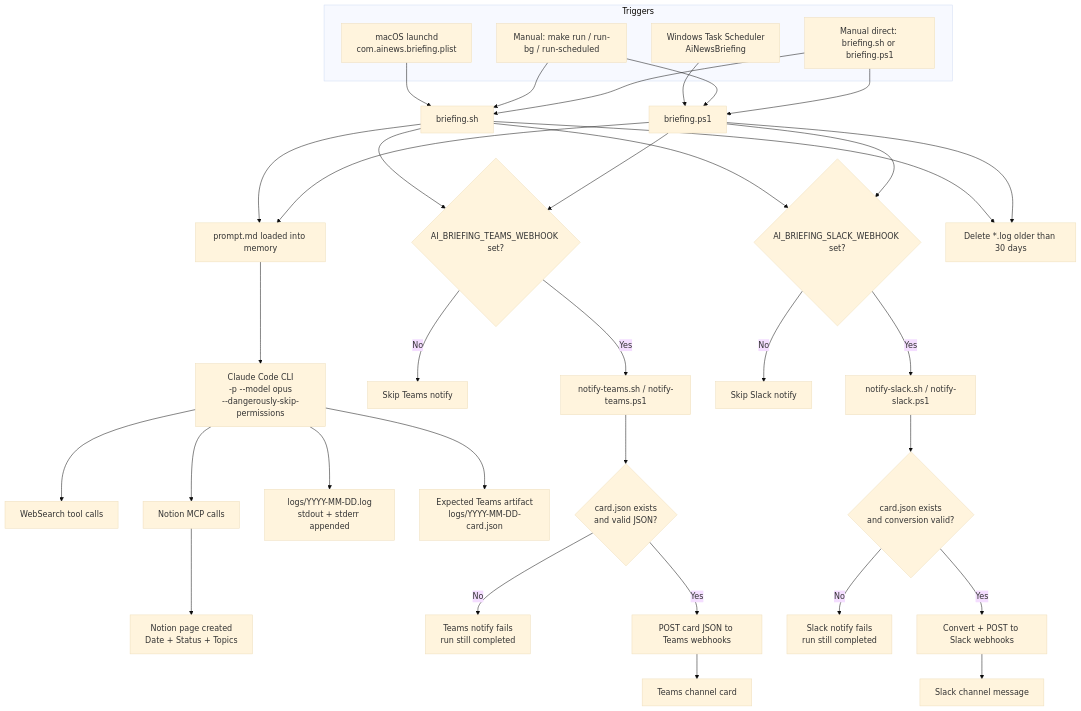
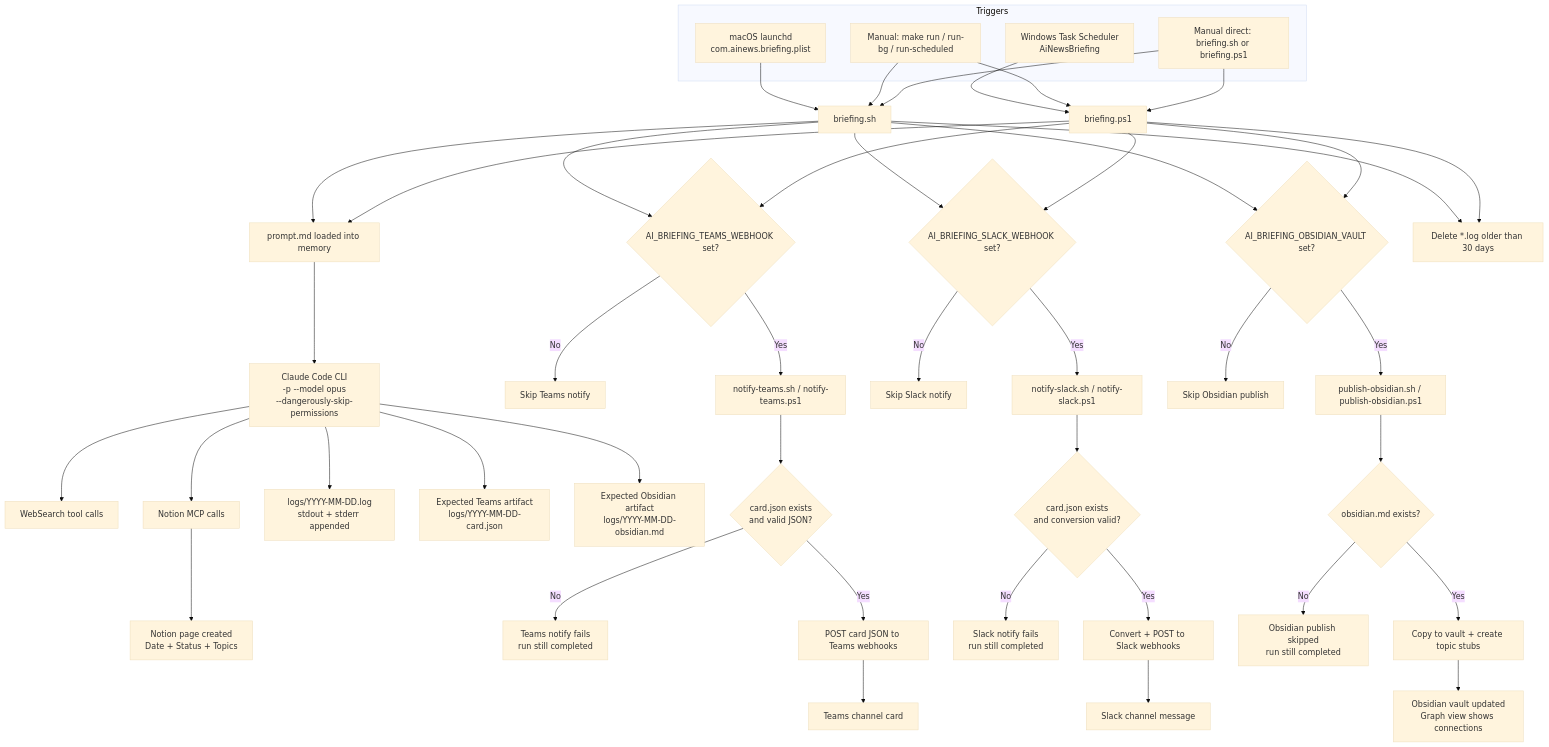
The first of 4 diagrams in E2E_FLOW.md (hoangsonww/ai-news-briefing), drawn with Mermaid (base theme) before and after one commit. The commit also changed other lines of this file and 22 other files, not shown here.

Commit message:
feat: integrate Obsidian publishing for briefings with topic stubs

````diff
--- a/E2E_FLOW.md
+++ b/E2E_FLOW.md
@@ -21,50 +23,60 @@
 ```mermaid
 flowchart TD
     subgraph Triggers
         A1[macOS launchd\ncom.ainews.briefing.plist]
         A2[Windows Task Scheduler\nAiNewsBriefing]
         A3[Manual: make run / run-bg / run-scheduled]
         A4[Manual direct: briefing.sh or briefing.ps1]
     end
 
     A1 --> B1[briefing.sh]
     A2 --> B2[briefing.ps1]
     A3 --> B1
     A3 --> B2
     A4 --> B1
     A4 --> B2
 
     B1 --> C[prompt.md loaded into memory]
     B2 --> C
 
     C --> D[Claude Code CLI\n-p --model opus\n--dangerously-skip-permissions]
 
     D --> E[WebSearch tool calls]
     D --> F[Notion MCP calls]
 
     F --> G[Notion page created\nDate + Status + Topics]
 
     D --> H[logs/YYYY-MM-DD.log\nstdout + stderr appended]
     D --> I[Expected Teams artifact\nlogs/YYYY-MM-DD-card.json]
+    D --> I2[Expected Obsidian artifact\nlogs/YYYY-MM-DD-obsidian.md]
 
     B1 --> J{AI_BRIEFING_TEAMS_WEBHOOK set?}
     B2 --> J
     J -->|No| K[Skip Teams notify]
     J -->|Yes| L[notify-teams.sh / notify-teams.ps1]
     L --> M{card.json exists\nand valid JSON?}
     M -->|No| N[Teams notify fails\nrun still completed]
     M -->|Yes| O[POST card JSON to Teams webhooks]
     O --> P[Teams channel card]
 
     B1 --> R{AI_BRIEFING_SLACK_WEBHOOK set?}
     B2 --> R
     R -->|No| S[Skip Slack notify]
     R -->|Yes| T[notify-slack.sh / notify-slack.ps1]
     T --> U{card.json exists\nand conversion valid?}
     U -->|No| V[Slack notify fails\nrun still completed]
     U -->|Yes| W[Convert + POST to Slack webhooks]
     W --> X[Slack channel message]
 
+    B1 --> OC{AI_BRIEFING_OBSIDIAN_VAULT set?}
+    B2 --> OC
+    OC -->|No| OD[Skip Obsidian publish]
+    OC -->|Yes| OE[publish-obsidian.sh / publish-obsidian.ps1]
+    OE --> OF{obsidian.md exists?}
+    OF -->|No| OG[Obsidian publish skipped\nrun still completed]
+    OF -->|Yes| OH[Copy to vault + create topic stubs]
+    OH --> OI[Obsidian vault updated\nGraph view shows connections]
+
     B1 --> Q[Delete *.log older than 30 days]
     B2 --> Q
 ```
````
